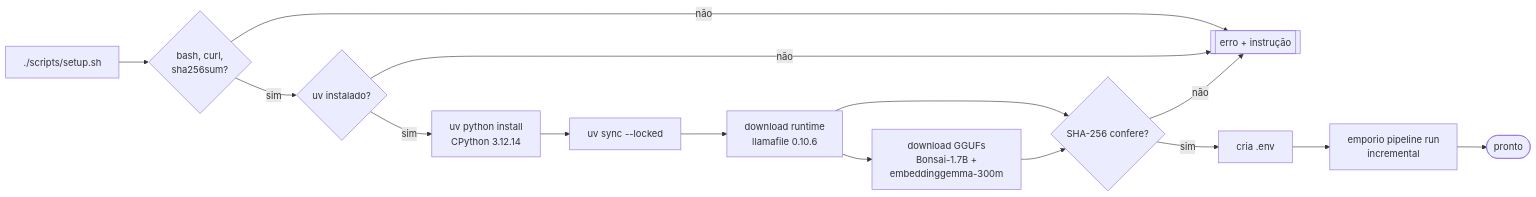
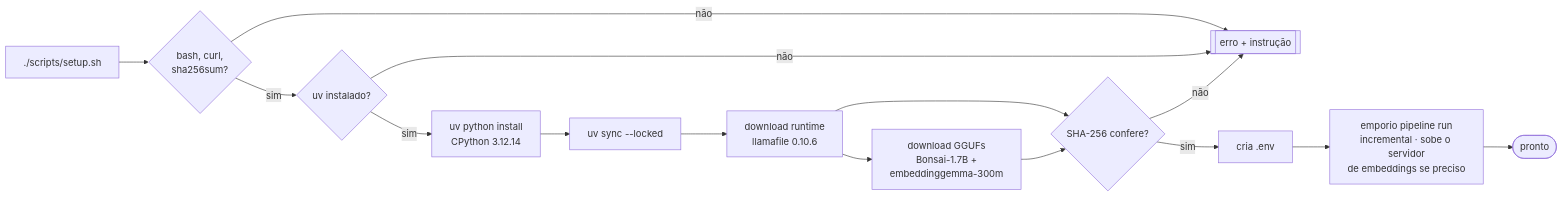
One commit to RonildoSilva/ai-engineer-challenge changed the fifth of 13 diagrams in README.md. Above: the diagram before and after it, drawn with Mermaid. The commit also changed other lines of this file and 19 other files, not shown here.

First line of the commit message:
feat(retrieval): busca híbrida (lexical + embeddings, RRF) com índice incremental e degradação para lexical

````diff
--- a/README.md
+++ b/README.md
@@ -162,16 +163,16 @@
 ```mermaid
 flowchart LR
     A[./scripts/setup.sh] --> B{bash, curl,<br/>sha256sum?}
     B -->|não| X[[erro + instrução]]
     B -->|sim| C{uv instalado?}
     C -->|não| X
     C -->|sim| D[uv python install<br/>CPython 3.12.14]
     D --> E[uv sync --locked]
     E --> F[download runtime<br/>llamafile 0.10.6]
     F --> G[download GGUFs<br/>Bonsai-1.7B +<br/>embeddinggemma-300m]
     F & G --> H{SHA-256 confere?}
     H -->|não| X
     H -->|sim| I[cria .env]
-    I --> P[emporio pipeline run<br/>incremental]
+    I --> P[emporio pipeline run<br/>incremental · sobe o servidor<br/>de embeddings se preciso]
     P --> J([pronto])
 ```
````
